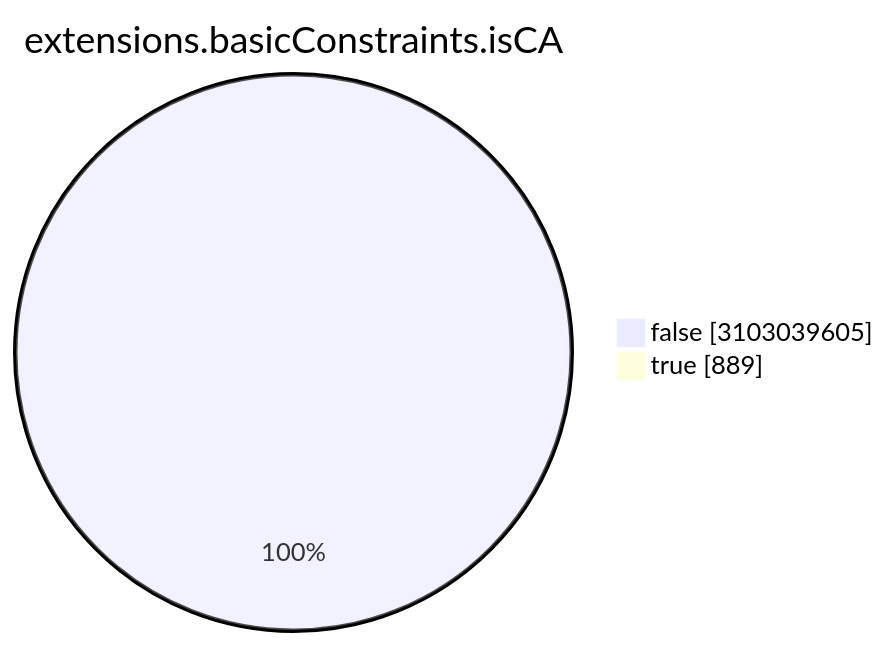
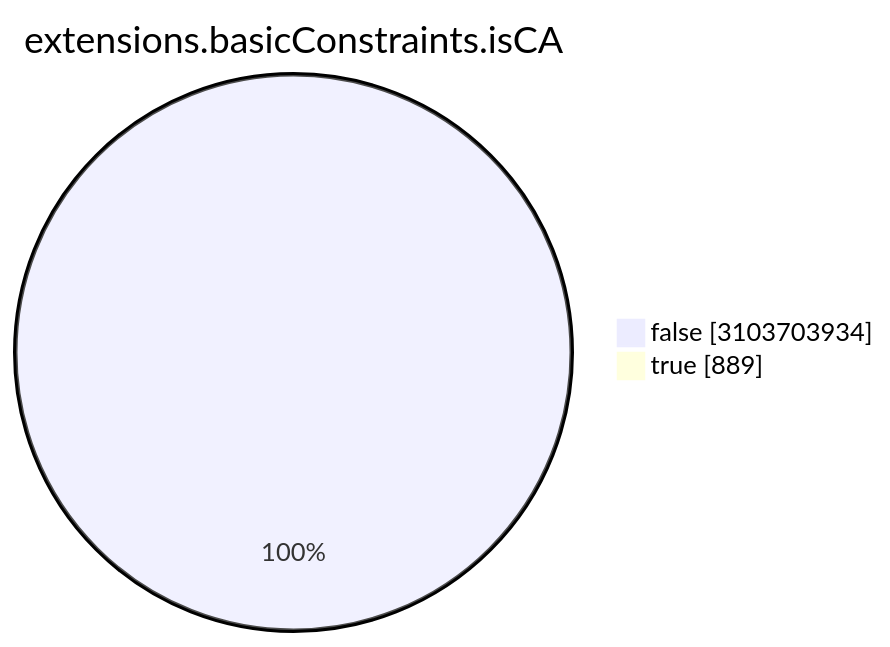
Before and after one commit to christiankrug/ctmonitor_visualization: the seventh of 15 diagrams in TOTAL/README.md, drawn with Mermaid. The commit also changed other lines of this file, not shown here.

````diff
--- a/TOTAL/README.md
+++ b/TOTAL/README.md
@@ -3086,6 +3086,6 @@
 ```mermaid
 pie showData
 title extensions.basicConstraints.isCA
-"false" :3103039605
+"false" :3103703934
 "true" :889
 ```
````
